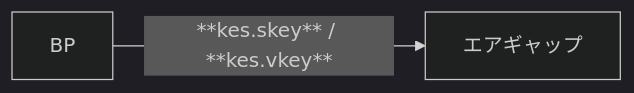
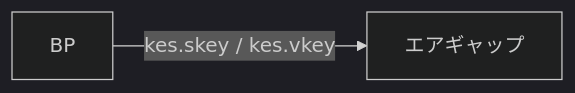
One commit to btbf/spojapanguild changed the first of 2 diagrams in docs/cardano/operation/kes-update.md. Above: the diagram before and after it, drawn with Mermaid (dark theme). The commit also changed other lines of this file and 61 other files, not shown here.

````diff
--- a/docs/cardano/operation/kes-update.md
+++ b/docs/cardano/operation/kes-update.md
@@ -69,4 +69,4 @@
     ```mermaid
     graph LR
-        A[BP] -->|**kes.skey** / **kes.vkey**| B[エアギャップ];
+        A[BP] -->|kes.skey / kes.vkey| B[エアギャップ];
     ``` 
````
